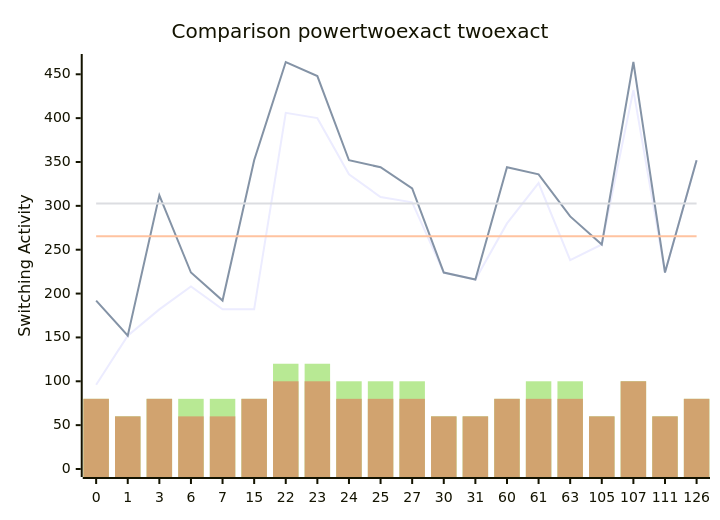
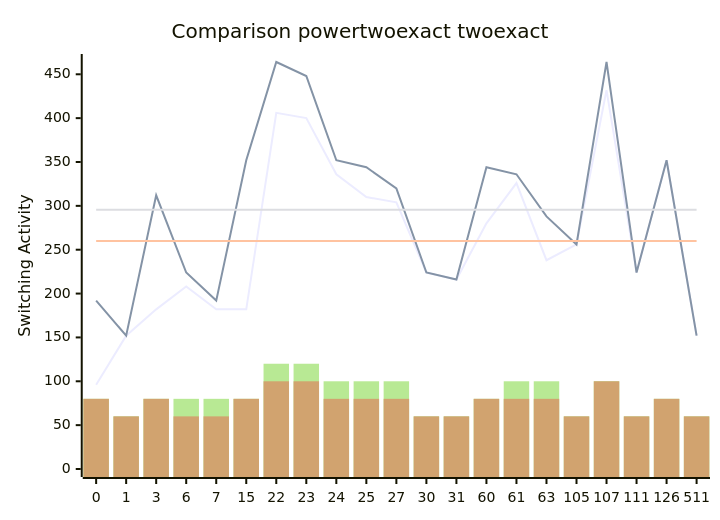
One commit to FeldmeierMichael/Exact-Power-Synthesis changed the diagram in benchmark.md. Above: the diagram before and after it, drawn with Mermaid. The commit also changed other lines of this file and 2 other files, not shown here.

````diff
--- a/benchmark.md
+++ b/benchmark.md
@@ -45,12 +47,12 @@
 ```mermaid
 xychart-beta
     title "Comparison powertwoexact twoexact"
-    x-axis [0, 1, 3, 6, 7, 15, 22, 23, 24, 25, 27, 30, 31, 60, 61, 63, 105, 107, 111, 126]
+    x-axis [0, 1, 3, 6, 7, 15, 22, 23, 24, 25, 27, 30, 31, 60, 61, 63, 105, 107, 111, 126, 511]
     y-axis "Switching Activity" 0-->464
-    line [96, 152, 182, 208, 182, 182, 406, 400, 336, 310, 304, 224, 216, 280, 326, 238, 256, 432, 224, 352]
-    line [192, 152, 312, 224, 192, 352, 464, 448, 352, 344, 320, 224, 216, 344, 336, 288, 256, 464, 224, 352]
-    line [265.3, 265.3, 265.3, 265.3, 265.3, 265.3, 265.3, 265.3, 265.3, 265.3, 265.3, 265.3, 265.3, 265.3, 265.3, 265.3, 265.3, 265.3, 265.3, 265.3]
-    line [302.8, 302.8, 302.8, 302.8, 302.8, 302.8, 302.8, 302.8, 302.8, 302.8, 302.8, 302.8, 302.8, 302.8, 302.8, 302.8, 302.8, 302.8, 302.8, 302.8]
-    bar [80, 60, 80, 80, 80, 80, 120, 120, 100, 100, 100, 60, 60, 80, 100, 100, 60, 100, 60, 80]
-    bar [80, 60, 80, 60, 60, 80, 100, 100, 80, 80, 80, 60, 60, 80, 80, 80, 60, 100, 60, 80]
+    line [96, 152, 182, 208, 182, 182, 406, 400, 336, 310, 304, 224, 216, 280, 326, 238, 256, 432, 224, 352, 152]
+    line [192, 152, 312, 224, 192, 352, 464, 448, 352, 344, 320, 224, 216, 344, 336, 288, 256, 464, 224, 352, 152]
+    line [259.9047619047619, 259.9047619047619, 259.9047619047619, 259.9047619047619, 259.9047619047619, 259.9047619047619, 259.9047619047619, 259.9047619047619, 259.9047619047619, 259.9047619047619, 259.9047619047619, 259.9047619047619, 259.9047619047619, 259.9047619047619, 259.9047619047619, 259.9047619047619, 259.9047619047619, 259.9047619047619, 259.9047619047619, 259.9047619047619, 259.9047619047619]
+    line [295.6190476190476, 295.6190476190476, 295.6190476190476, 295.6190476190476, 295.6190476190476, 295.6190476190476, 295.6190476190476, 295.6190476190476, 295.6190476190476, 295.6190476190476, 295.6190476190476, 295.6190476190476, 295.6190476190476, 295.6190476190476, 295.6190476190476, 295.6190476190476, 295.6190476190476, 295.6190476190476, 295.6190476190476, 295.6190476190476, 295.6190476190476]
+    bar [80, 60, 80, 80, 80, 80, 120, 120, 100, 100, 100, 60, 60, 80, 100, 100, 60, 100, 60, 80, 60]
+    bar [80, 60, 80, 60, 60, 80, 100, 100, 80, 80, 80, 60, 60, 80, 80, 80, 60, 100, 60, 80, 60]
 ```
````
